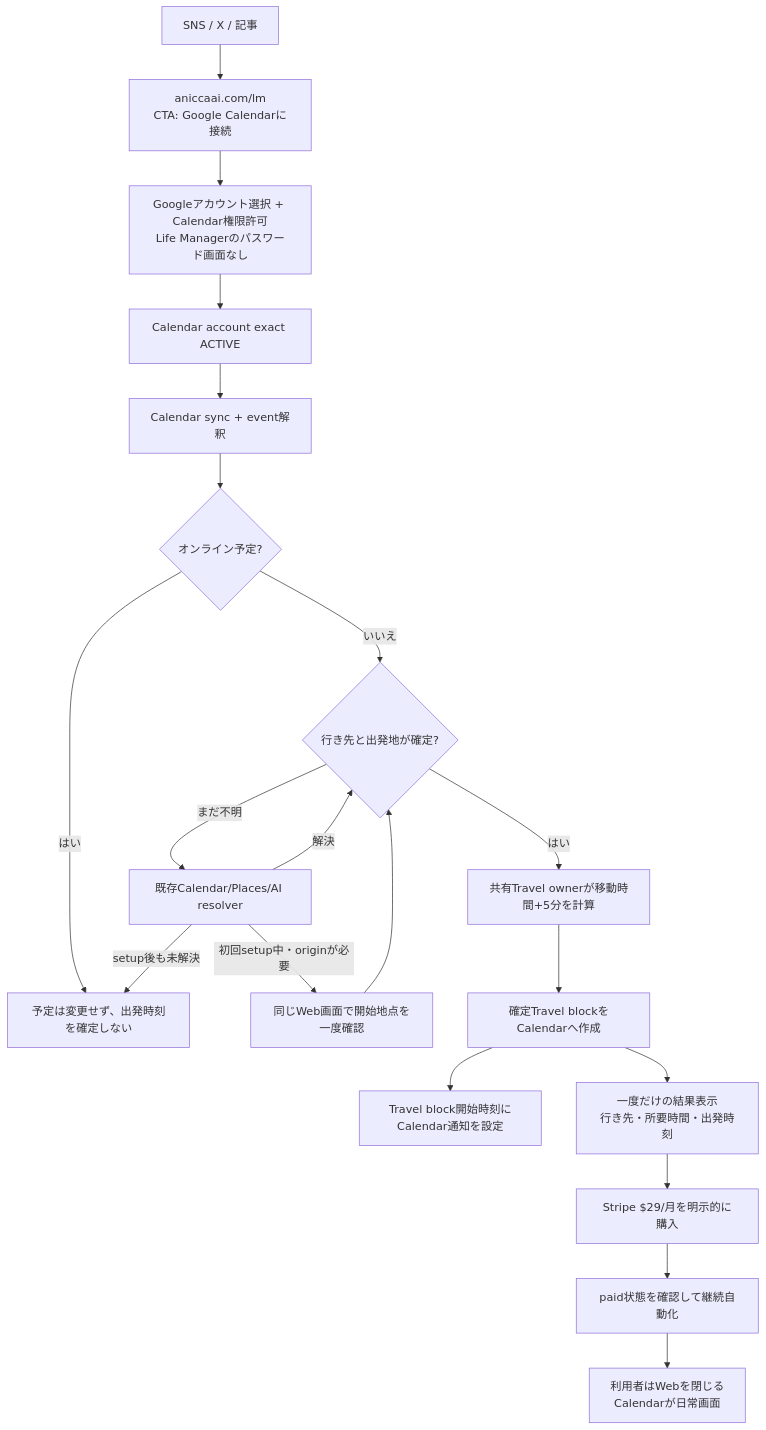
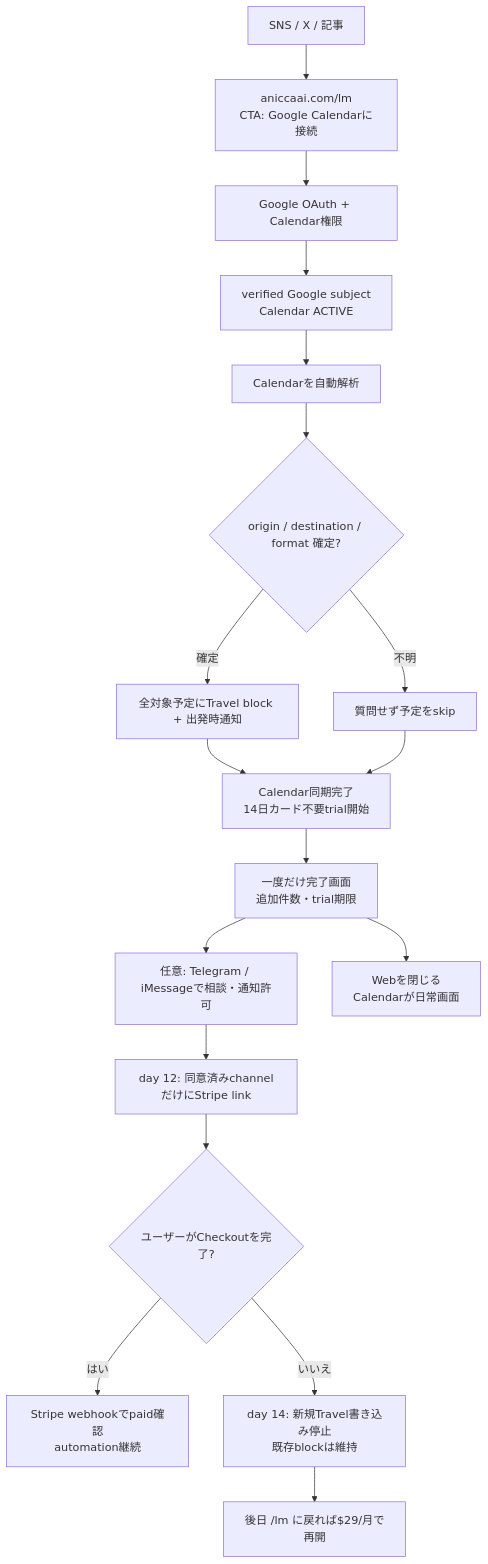
The diagram in docs/superpowers/specs/2026-10-06-life-manager-web-first-travel-design.md (Daisuke134/life-manager), drawn with Mermaid before and after one commit. The commit also changed other lines of this file and 1 other file, not shown here.

````diff
--- a/docs/superpowers/specs/2026-10-06-life-manager-web-first-travel-design.md
+++ b/docs/superpowers/specs/2026-10-06-life-manager-web-first-travel-design.md
@@ -92,22 +96,20 @@
 ```mermaid
 flowchart TD
     A["SNS / X / 記事"] --> B["aniccaai.com/lm<br/>CTA: Google Calendarに接続"]
-    B --> C["Googleアカウント選択 + Calendar権限許可<br/>Life Managerのパスワード画面なし"]
-    C --> D["Calendar account exact ACTIVE"]
-    D --> E["Calendar sync + event解釈"]
-    E --> F{"オンライン予定?"}
-    F -- "はい" --> K["移動不要<br/>Travel blockなし"]
-    F -- "いいえ" --> G{"行き先と出発地が確定?"}
-    G -- "はい" --> H["共有Travel ownerが移動時間+5分を計算"]
-    G -- "まだ不明" --> I["既存Calendar/Places/AI resolver"]
-    I -- "解決" --> G
-    I -- "初回setup中・originが必要" --> J["同じWeb画面で開始地点を一度確認"]
-    J --> G
-    I -- "setup後も未解決" --> K["予定は変更せず、出発時刻を確定しない"]
-    H --> L["確定Travel blockをCalendarへ作成"]
-    L --> O["Travel block開始時刻にCalendar通知を設定"]
-    L --> P["一度だけの結果表示<br/>行き先・所要時間・出発時刻"]
-    P --> M["Stripe $29/月を明示的に購入"]
-    M --> N["paid状態を確認して継続自動化"]
-    N --> Q["利用者はWebを閉じる<br/>Calendarが日常画面"]
+    B --> C["Google OAuth + Calendar権限"]
+    C --> D["verified Google subject<br/>Calendar ACTIVE"]
+    D --> E["Calendarを自動解析"]
+    E --> F{"origin / destination / format 確定?"}
+    F -- "確定" --> G["全対象予定にTravel block + 出発時通知"]
+    F -- "不明" --> H["質問せず予定をskip"]
+    G --> I["Calendar同期完了<br/>14日カード不要trial開始"]
+    H --> I
+    I --> J["一度だけ完了画面<br/>追加件数・trial期限"]
+    J --> K["任意: Telegram / iMessageで相談・通知許可"]
+    J --> L["Webを閉じる<br/>Calendarが日常画面"]
+    K --> M["day 12: 同意済みchannelだけにStripe link"]
+    M --> N{"ユーザーがCheckoutを完了?"}
+    N -- "はい" --> O["Stripe webhookでpaid確認<br/>automation継続"]
+    N -- "いいえ" --> P["day 14: 新規Travel書き込み停止<br/>既存blockは維持"]
+    P --> Q["後日 /lm に戻れば$29/月で再開"]
 ```
````
